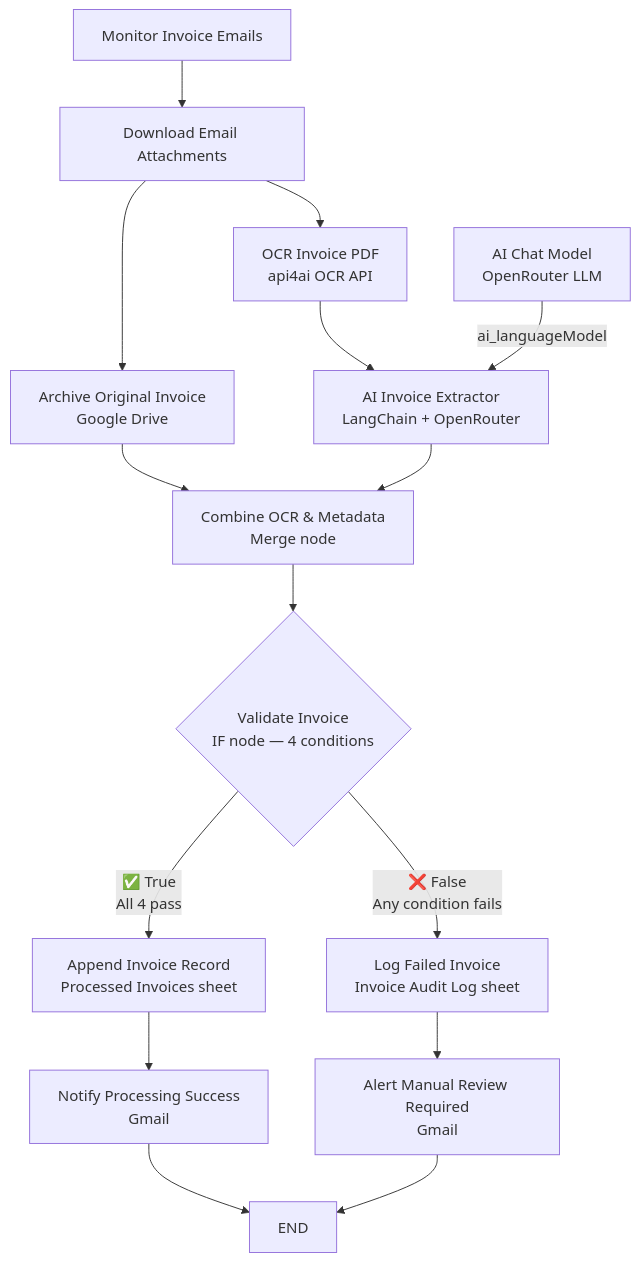
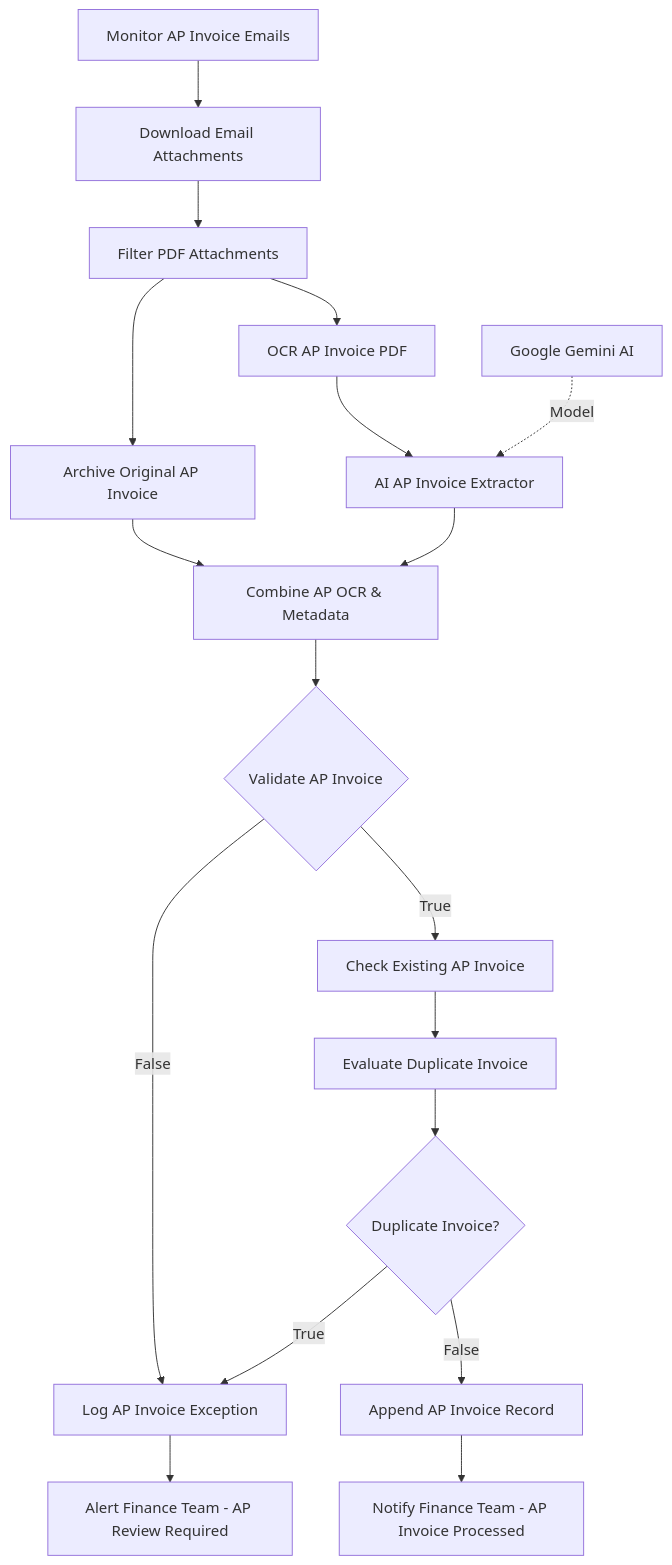
One commit to Shaban27-dev/n8n-workflows changed the diagram in accounts-payable-invoice-processing-automation/README.md. Above: the diagram before and after it, drawn with Mermaid. The commit also changed other lines of this file, not shown here.

Commit message:
docs: overhaul Accounts Payable Invoice Processing Automation documentation

````diff
--- a/accounts-payable-invoice-processing-automation/README.md
+++ b/accounts-payable-invoice-processing-automation/README.md
@@ -83,24 +76,25 @@
 ```mermaid
 flowchart TD
-    A[Monitor Invoice Emails] --> B[Download Email Attachments]
-    
-    B --> C[Archive Original Invoice\nGoogle Drive]
-    B --> D[OCR Invoice PDF\napi4ai OCR API]
-    
-    D --> E[AI Invoice Extractor\nLangChain + OpenRouter]
-    F[AI Chat Model\nOpenRouter LLM] -- ai_languageModel --> E
-    
-    C --> G[Combine OCR & Metadata\nMerge node]
-    E --> G
-    
-    G --> H{Validate Invoice\nIF node — 4 conditions}
-    
-    H -- "✅ True\nAll 4 pass" --> I[Append Invoice Record\nProcessed Invoices sheet]
-    H -- "❌ False\nAny condition fails" --> J[Log Failed Invoice\nInvoice Audit Log sheet]
-    
-    I --> K[Notify Processing Success\nGmail]
-    J --> L[Alert Manual Review Required\nGmail]
-    
-    K --> M[END]
-    L --> M
+    A[Monitor AP Invoice Emails] --> B[Download Email Attachments]
+    B --> C[Filter PDF Attachments]
+
+    C --> D[Archive Original AP Invoice]
+    C --> E[OCR AP Invoice PDF]
+    E --> F[AI AP Invoice Extractor]
+    G[Google Gemini AI] -. Model .-> F
+
+    D --> H[Combine AP OCR & Metadata]
+    F --> H
+
+    H --> I{Validate AP Invoice}
+    I -- False --> J[Log AP Invoice Exception]
+    I -- True --> K[Check Existing AP Invoice]
+
+    K --> L[Evaluate Duplicate Invoice]
+    L --> M{Duplicate Invoice?}
+    M -- True --> J
+    M -- False --> N[Append AP Invoice Record]
+
+    J --> O[Alert Finance Team - AP Review Required]
+    N --> P[Notify Finance Team - AP Invoice Processed]
 ```
````
